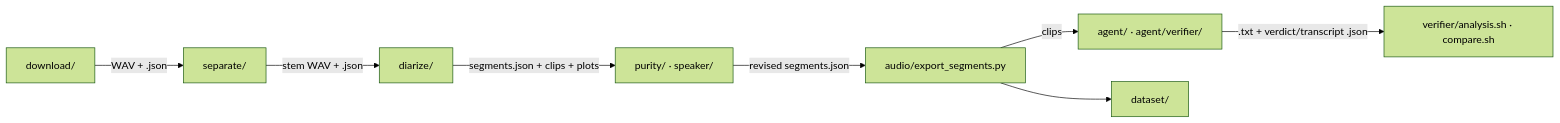
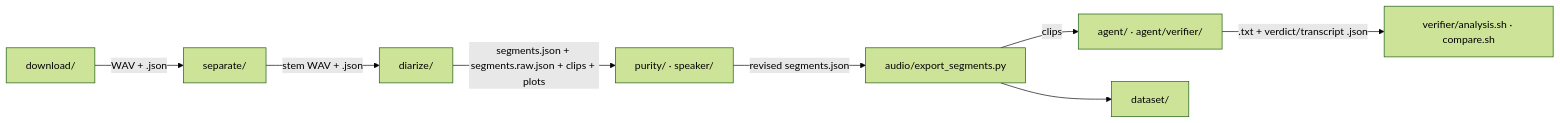
The diagram in docs/README.md (tungnguyenlam/audio-prepare-pipeline-redo), drawn with Mermaid (forest theme) before and after one commit. The commit also changed 6 other files, not shown here.

Commit message:
Preserve raw diarization turns and merge same-speaker silent gaps

````diff
--- a/docs/README.md
+++ b/docs/README.md
@@ -17,10 +17,10 @@
 ```mermaid
 flowchart LR
     DL["download/"] -->|"WAV + .json"| SEP["separate/"]
     SEP -->|"stem WAV + .json"| DIA["diarize/"]
-    DIA -->|"segments.json + clips + plots"| PUR["purity/ · speaker/"]
+    DIA -->|"segments.json + segments.raw.json + clips + plots"| PUR["purity/ · speaker/"]
     PUR -->|"revised segments.json"| EXP["audio/export_segments.py"]
     EXP -->|"clips"| AG["agent/ · agent/verifier/"]
     EXP --> DS["dataset/"]
     AG -->|".txt + verdict/transcript .json"| AN["verifier/analysis.sh · compare.sh"]
 ```
````
